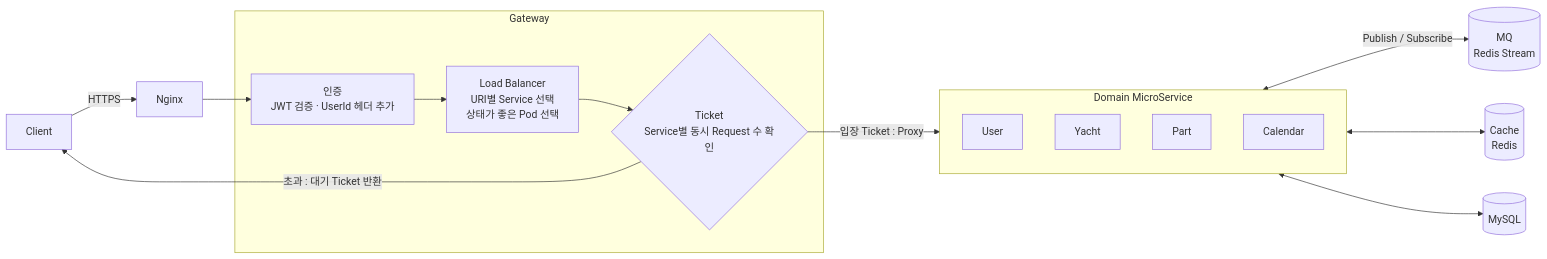
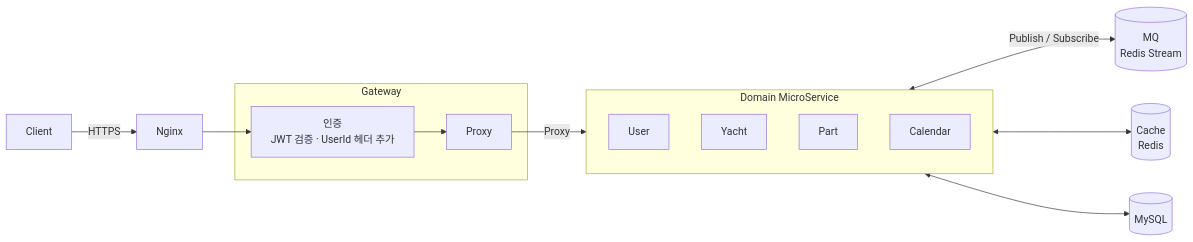
The diagram in README.md (kwonhee1/Yacht-MSA), drawn with Mermaid before and after one commit. The commit also changed other lines of this file, not shown here.

````diff
--- a/README.md
+++ b/README.md
@@ -43,24 +43,22 @@
 ```mermaid
 flowchart LR
     Client["Client"] -->|HTTPS| Nginx["Nginx"]
     Nginx --> Auth
 
     subgraph Gateway["Gateway"]
-        Auth["인증<br/>JWT 검증 · UserId 헤더 추가"] --> LB["Load Balancer<br/>URI별 Service 선택<br/>상태가 좋은 Pod 선택"]
-        LB --> Ticket{"Ticket<br/>Service별 동시 Request 수 확인"}
+        Auth["인증<br/>JWT 검증 · UserId 헤더 추가"] --> Proxy["Proxy"]
     end
 
-    Ticket -->|"초과 : 대기 Ticket 반환"| Client
-    Ticket -->|"입장 Ticket : Proxy"| Domain
+    Proxy -->|Proxy| Domain
 
     subgraph Domain["Domain MicroService"]
         User["User"]
         Yacht["Yacht"]
         Part["Part"]
         Calendar["Calendar"]
     end
 
     Domain <-->|Publish / Subscribe| MQ[("MQ<br/>Redis Stream")]
     Domain <--> Cache[("Cache<br/>Redis")]
     Domain <--> DB[("MySQL")]
 ```
````
